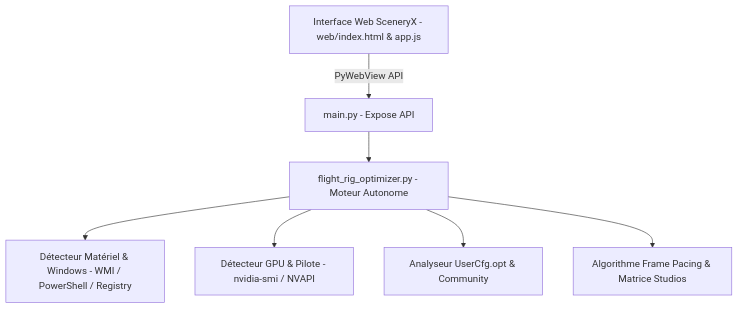
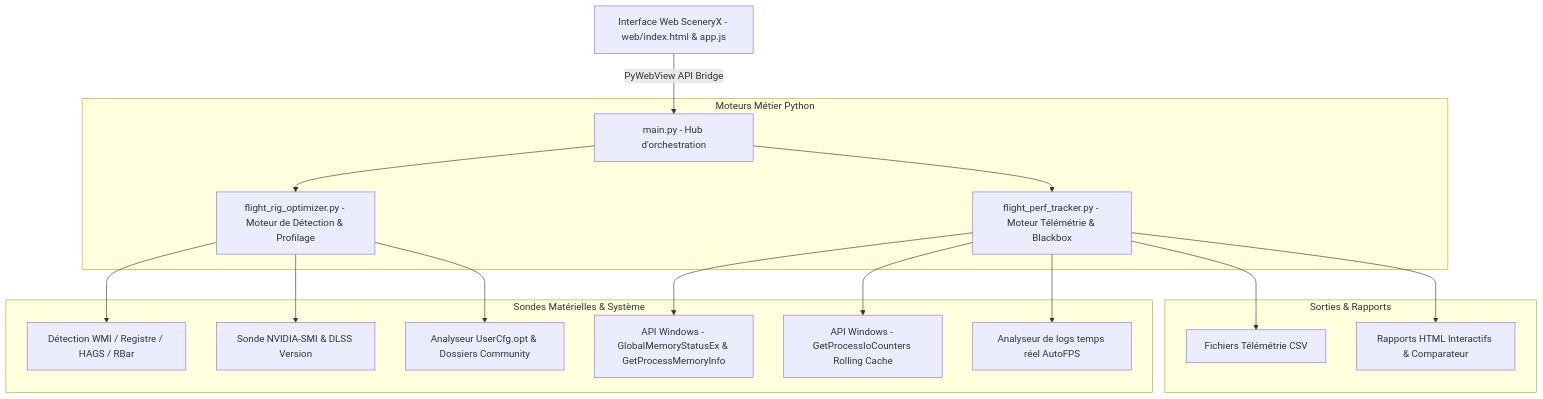
The diagram in Design_Technical_SceneryX_Rig_Optimizer_Integration.md (wildbill75/SceneryX), drawn with Mermaid before and after one commit. The commit also changed other lines of this file, not shown here.

Commit message:
docs: enrichissement du design avec intégration de la Blackbox et du Tracker dans SceneryX

````diff
--- a/Design_Technical_SceneryX_Rig_Optimizer_Integration.md
+++ b/Design_Technical_SceneryX_Rig_Optimizer_Integration.md
@@ -21,9 +30,24 @@
 ```mermaid
 graph TD
-    UI[Interface Web SceneryX - web/index.html & app.js] -->|PyWebView API| Bridge[main.py - Expose API]
-    Bridge --> RigModule[flight_rig_optimizer.py - Moteur Autonome]
-    RigModule --> WMI[Détecteur Matériel & Windows - WMI / PowerShell / Registry]
-    RigModule --> NV[Détecteur GPU & Pilote - nvidia-smi / NVAPI]
-    RigModule --> MSFS[Analyseur UserCfg.opt & Community]
-    RigModule --> Engine[Algorithme Frame Pacing & Matrice Studios]
+    UI[Interface Web SceneryX - web/index.html & app.js] -->|PyWebView API Bridge| Main[main.py - Hub d'orchestration]
+    
+    subgraph "Moteurs Métier Python"
+        Main --> RigOpt[flight_rig_optimizer.py - Moteur de Détection & Profilage]
+        Main --> Tracker[flight_perf_tracker.py - Moteur Télémétrie & Blackbox]
+    end
+    
+    subgraph "Sondes Matérielles & Système"
+        RigOpt --> WMI[Détection WMI / Registre / HAGS / RBar]
+        RigOpt --> NVAPI[Sonde NVIDIA-SMI & DLSS Version]
+        RigOpt --> CfgOpt[Analyseur UserCfg.opt & Dossiers Community]
+        
+        Tracker --> WinMem[API Windows - GlobalMemoryStatusEx & GetProcessMemoryInfo]
+        Tracker --> WinIO[API Windows - GetProcessIoCounters Rolling Cache]
+        Tracker --> AutoFPSLog[Analyseur de logs temps réel AutoFPS]
+    end
+    
+    subgraph "Sorties & Rapports"
+        Tracker --> CSV[Fichiers Télémétrie CSV]
+        Tracker --> HTML[Rapports HTML Interactifs & Comparateur]
+    end
 ```
````
